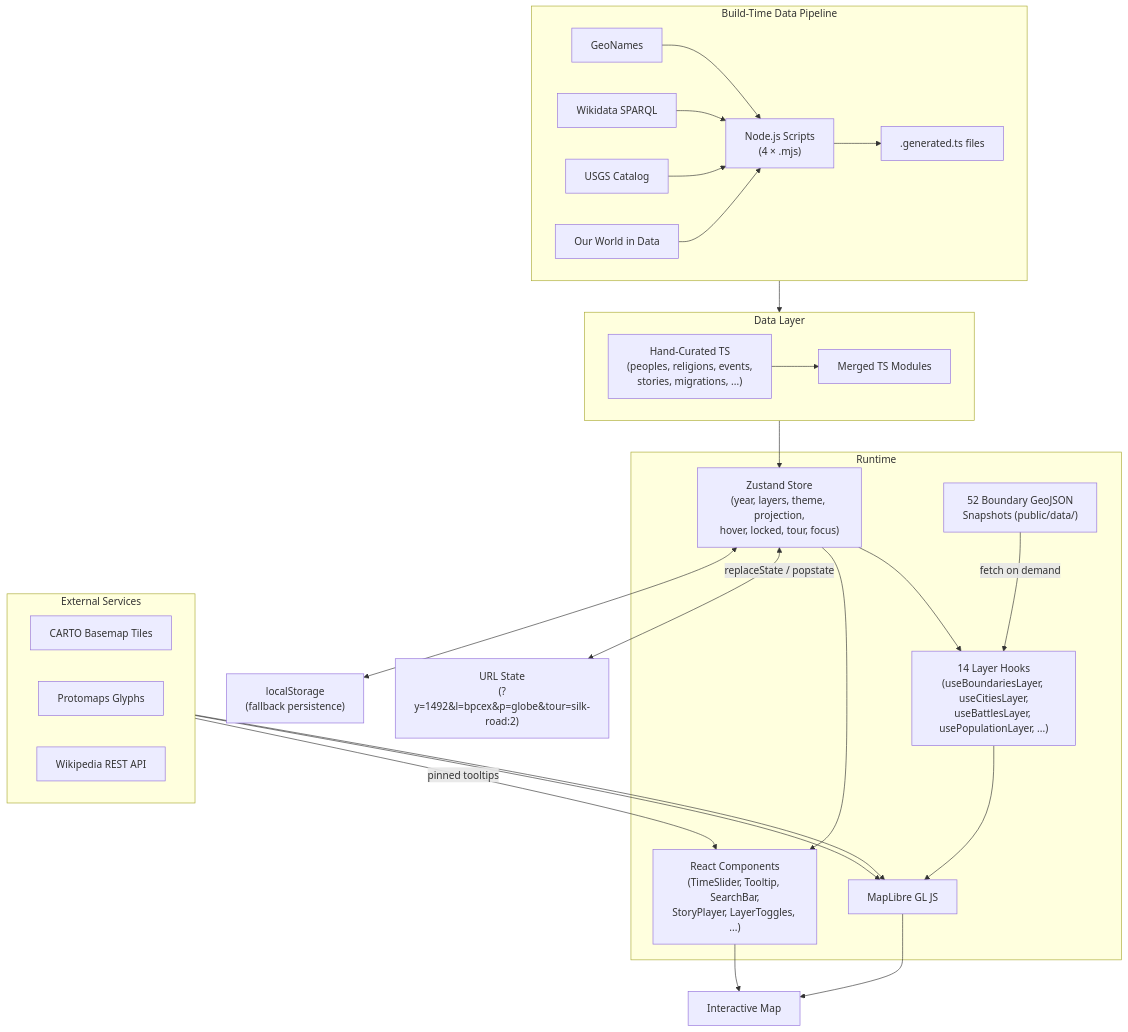
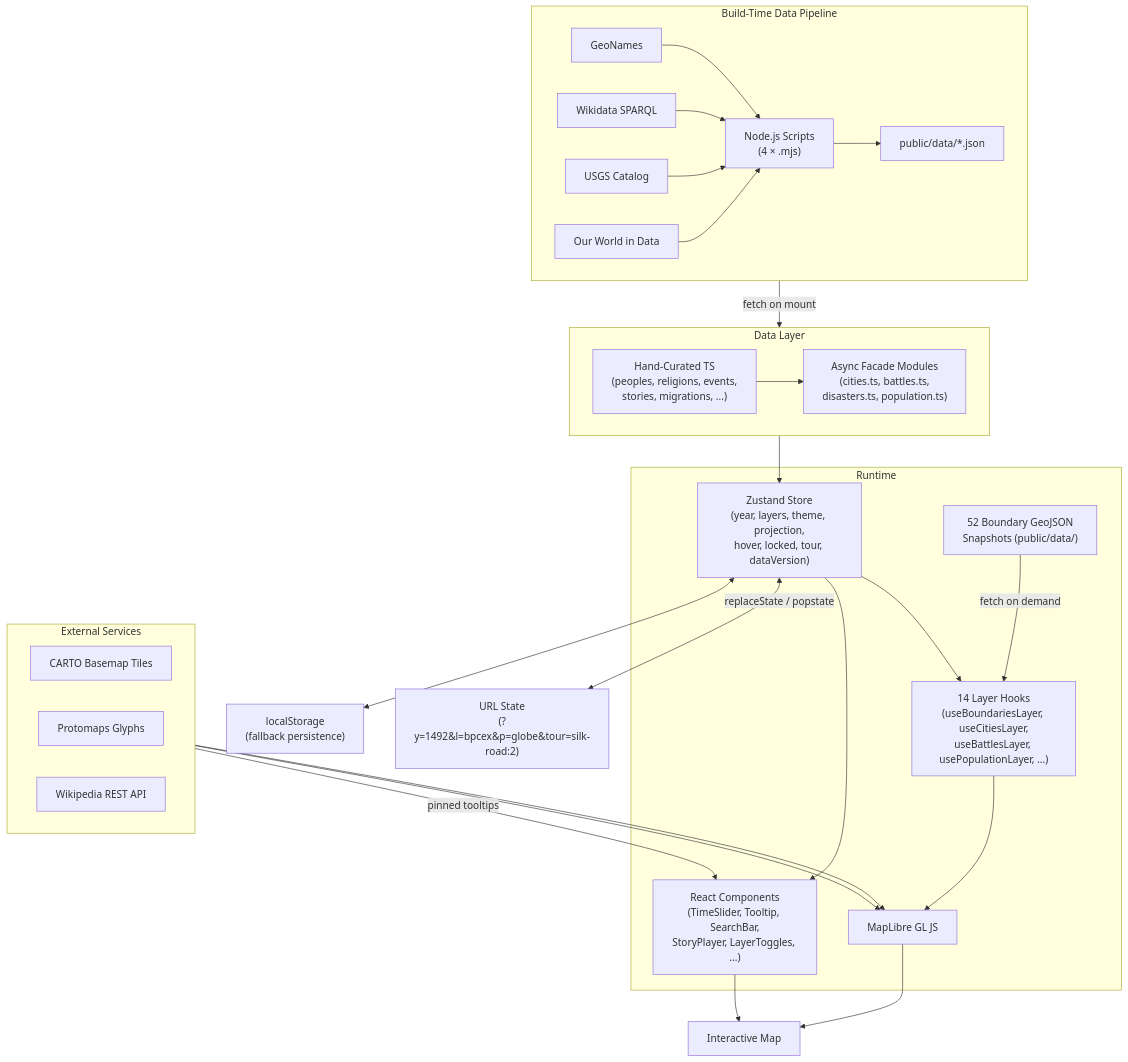
The diagram in README.md (dr-nico-f/strata), drawn with Mermaid before and after one commit. The commit also changed other lines of this file and 6 other files, not shown here.

First line of the commit message:
Polish pass: sync docs and comments with async JSON architecture

````diff
--- a/README.md
+++ b/README.md
@@ -223,40 +221,40 @@
 ```mermaid
 flowchart TB
     subgraph buildPipeline ["Build-Time Data Pipeline"]
         direction LR
         GeoNames["GeoNames"] --> scripts["Node.js Scripts\n(4 × .mjs)"]
         WikidataSPARQL["Wikidata SPARQL"] --> scripts
         USGSCatalog["USGS Catalog"] --> scripts
         OWIDData["Our World in Data"] --> scripts
-        scripts --> generated[".generated.ts files"]
+        scripts --> jsonFiles["public/data/*.json"]
     end
 
     subgraph dataModules ["Data Layer"]
         direction LR
-        generated --> merged["Merged TS Modules"]
-        curated["Hand-Curated TS\n(peoples, religions, events,\nstories, migrations, ...)"] --> merged
+        jsonFiles -->|"fetch on mount"| facades["Async Facade Modules\n(cities.ts, battles.ts,\ndisasters.ts, population.ts)"]
+        curated["Hand-Curated TS\n(peoples, religions, events,\nstories, migrations, ...)"] --> facades
     end
 
-    merged --> store
+    facades --> store
 
     subgraph runtime ["Runtime"]
-        store["Zustand Store\n(year, layers, theme, projection,\nhover, locked, tour, focus)"]
+        store["Zustand Store\n(year, layers, theme, projection,\nhover, locked, tour, dataVersion)"]
         store --> layerHooks["14 Layer Hooks\n(useBoundariesLayer, useCitiesLayer,\nuseBattlesLayer, usePopulationLayer, ...)"]
         store --> uiComponents["React Components\n(TimeSlider, Tooltip, SearchBar,\nStoryPlayer, LayerToggles, ...)"]
         layerHooks --> maplibre["MapLibre GL JS"]
         boundaryGeoJSON["52 Boundary GeoJSON\nSnapshots (public/data/)"] -->|"fetch on demand"| layerHooks
     end
 
     subgraph externalRuntime ["External Services"]
         direction LR
         cartoTiles["CARTO Basemap Tiles"] --> maplibre
         protoGlyphs["Protomaps Glyphs"] --> maplibre
         wikiAPI["Wikipedia REST API"] -->|"pinned tooltips"| uiComponents
     end
 
     store <-->|"replaceState / popstate"| urlSync["URL State\n(?y=1492&l=bpcex&p=globe&tour=silk-road:2)"]
     store <--> localStorage["localStorage\n(fallback persistence)"]
 
     maplibre --> canvas["Interactive Map"]
     uiComponents --> canvas
 ```
````
